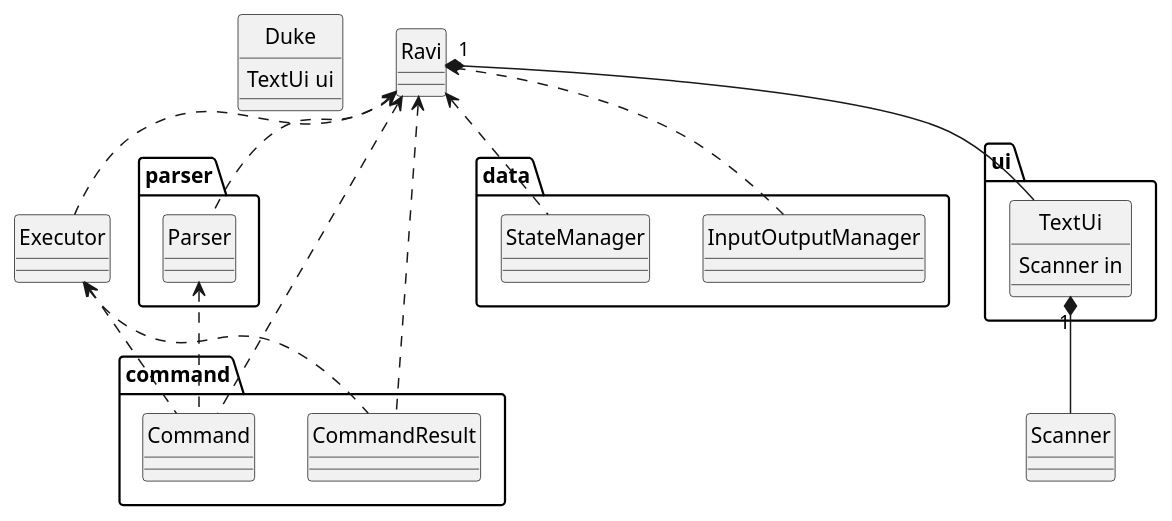
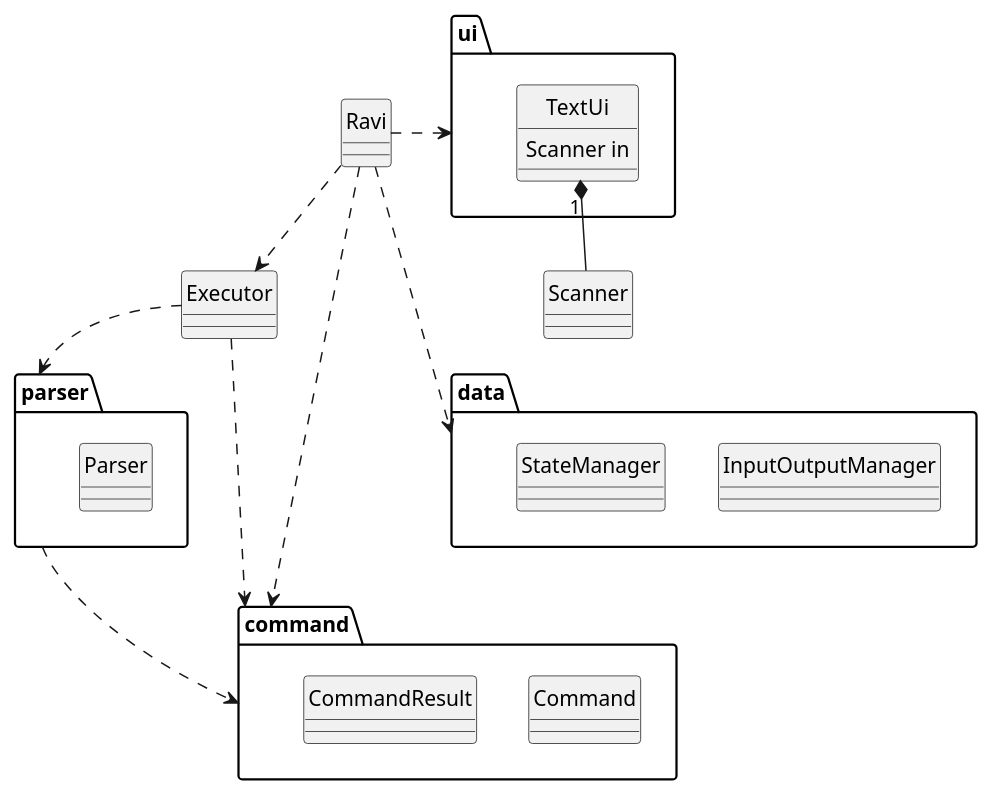
Before and after one commit to wangqinNick/tp: the diagram in docs/diagrams/UML/MainClassDiagram.puml, drawn with PlantUML. The commit also changed 3 other files, not shown here.

Commit message:
Basic changes to docs and diagrams

```diff
--- a/docs/diagrams/UML/MainClassDiagram.puml
+++ b/docs/diagrams/UML/MainClassDiagram.puml
@@ -1,46 +1,40 @@
 @startuml
 
 hide circle
 skinparam classAttributeIconSize 0
 
-class Duke {
-    TextUi ui
-}
 class Executor
 class Scanner
 
 package parser {
     class Parser
 }
 
 package command {
     class Command
     class CommandResult
 }
 
 package data {
     class InputOutputManager
     class StateManager
 }
 
 package ui {
     class TextUi {
         Scanner in
     }
 }
 
-Ravi "1" *-- TextUi
-Ravi <.. Parser
-Ravi <.. Command
-Ravi <.. CommandResult
-Ravi <.. Executor
-Ravi <.. InputOutputManager
-Ravi <.. StateManager
+Ravi .> ui
+Ravi ..> Executor
+Ravi ...> data
+Ravi ..> command
 
-Parser <.. Command
-Executor <.. Command
-Executor <.. CommandResult
+Executor ..> parser
+parser ..> command
+Executor ..> command
 
 TextUi "1" *-- Scanner
 
 @enduml
```
